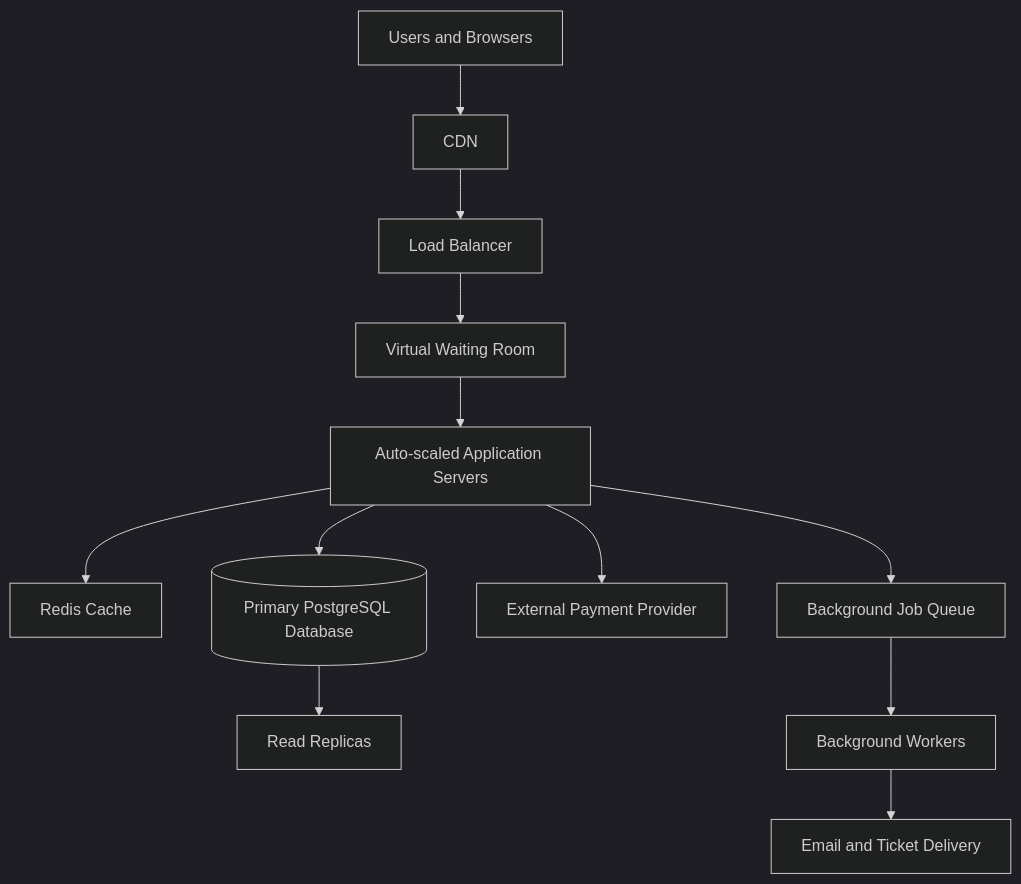
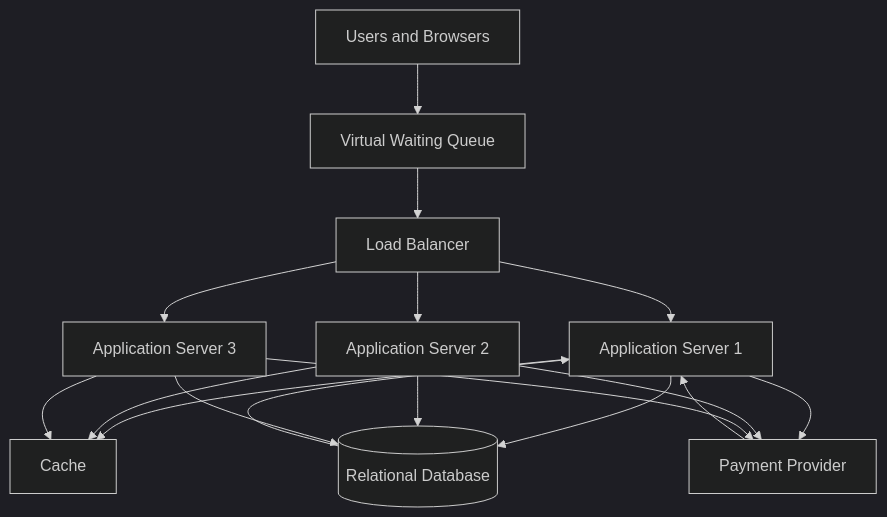
Before and after one commit to J3B3T/web-foundations-days: the diagram in day8/ticketing-design.md, drawn with Mermaid (dark theme). The commit also changed other lines of this file, not shown here.

````diff
--- a/day8/ticketing-design.md
+++ b/day8/ticketing-design.md
@@ -243,16 +227,19 @@
 ```mermaid
 flowchart TD
-    U[Users and Browsers] --> CDN[CDN]
-    CDN --> LB[Load Balancer]
-    LB --> W[Virtual Waiting Room]
-    W --> A[Auto-scaled Application Servers]
-
-    A --> R[Redis Cache]
-    A --> DB[(Primary PostgreSQL Database)]
-    A --> P[External Payment Provider]
-
-    DB --> RR[Read Replicas]
-    A --> Q[Background Job Queue]
-    Q --> WK[Background Workers]
-    WK --> N[Email and Ticket Delivery]
+    U[Users and Browsers] --> Q[Virtual Waiting Queue]
+    Q --> LB[Load Balancer]
+    LB --> A1[Application Server 1]
+    LB --> A2[Application Server 2]
+    LB --> A3[Application Server 3]
+    A1 --> C[Cache]
+    A2 --> C
+    A3 --> C
+    A1 --> DB[(Relational Database)]
+    A2 --> DB
+    A3 --> DB
+    A1 --> P[Payment Provider]
+    A2 --> P
+    A3 --> P
+    P --> A1
+    DB --> A1
 ```
````
